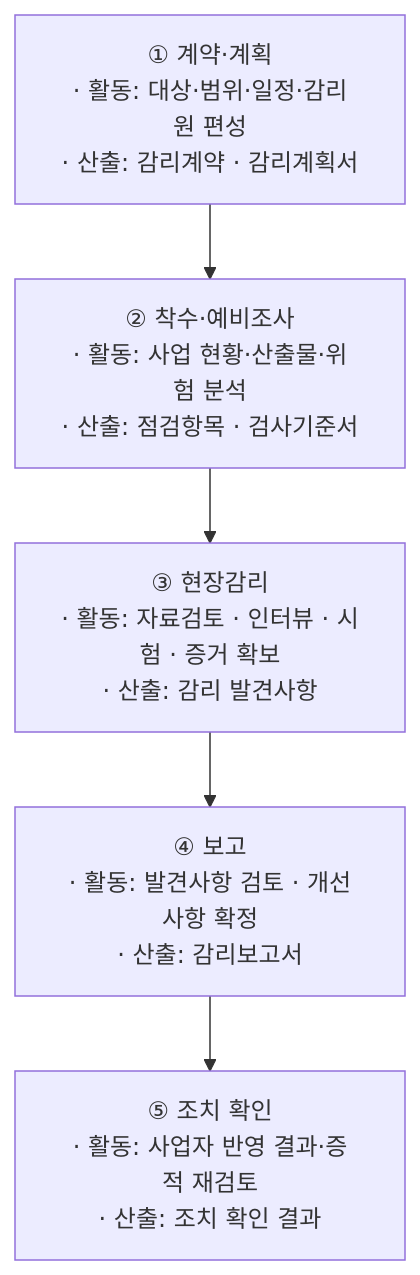
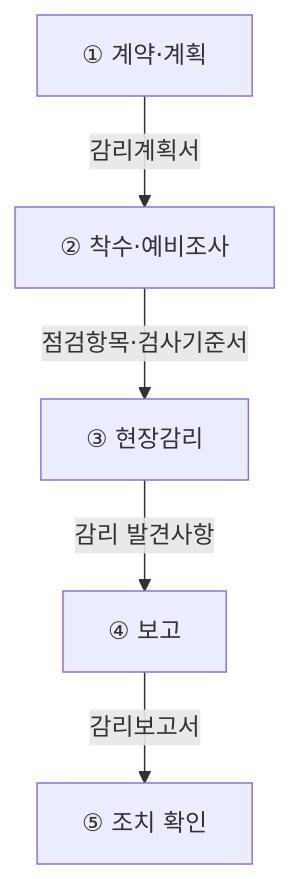
The second of 6 diagrams in src/content/docs/notes/itpe/01-it-strategy/008_it_audit.md (agnusdei1207/study), drawn with Mermaid before and after one commit. The commit also changed other lines of this file and 19 other files, not shown here.

````diff
--- a/src/content/docs/notes/itpe/01-it-strategy/008_it_audit.md
+++ b/src/content/docs/notes/itpe/01-it-strategy/008_it_audit.md
@@ -82,10 +80,7 @@
 ```mermaid
 flowchart TD
-    S1["① 계약·계획<br/>· 활동: 대상·범위·일정·감리원 편성<br/>· 산출: 감리계약 · 감리계획서"]
-    S2["② 착수·예비조사<br/>· 활동: 사업 현황·산출물·위험 분석<br/>· 산출: 점검항목 · 검사기준서"]
-    S3["③ 현장감리<br/>· 활동: 자료검토 · 인터뷰 · 시험 · 증거 확보<br/>· 산출: 감리 발견사항"]
-    S4["④ 보고<br/>· 활동: 발견사항 검토 · 개선사항 확정<br/>· 산출: 감리보고서"]
-    S5["⑤ 조치 확인<br/>· 활동: 사업자 반영 결과·증적 재검토<br/>· 산출: 조치 확인 결과"]
-
-    S1 --> S2 --> S3 --> S4 --> S5
+    S1["① 계약·계획"] -->|"감리계획서"| S2["② 착수·예비조사"]
+    S2 -->|"점검항목·검사기준서"| S3["③ 현장감리"]
+    S3 -->|"감리 발견사항"| S4["④ 보고"]
+    S4 -->|"감리보고서"| S5["⑤ 조치 확인"]
 ```
````
